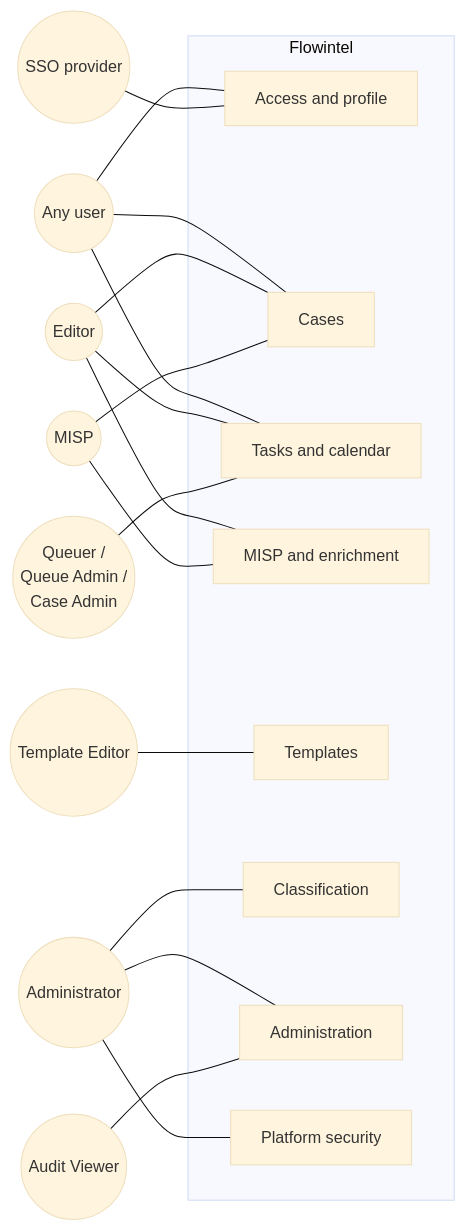
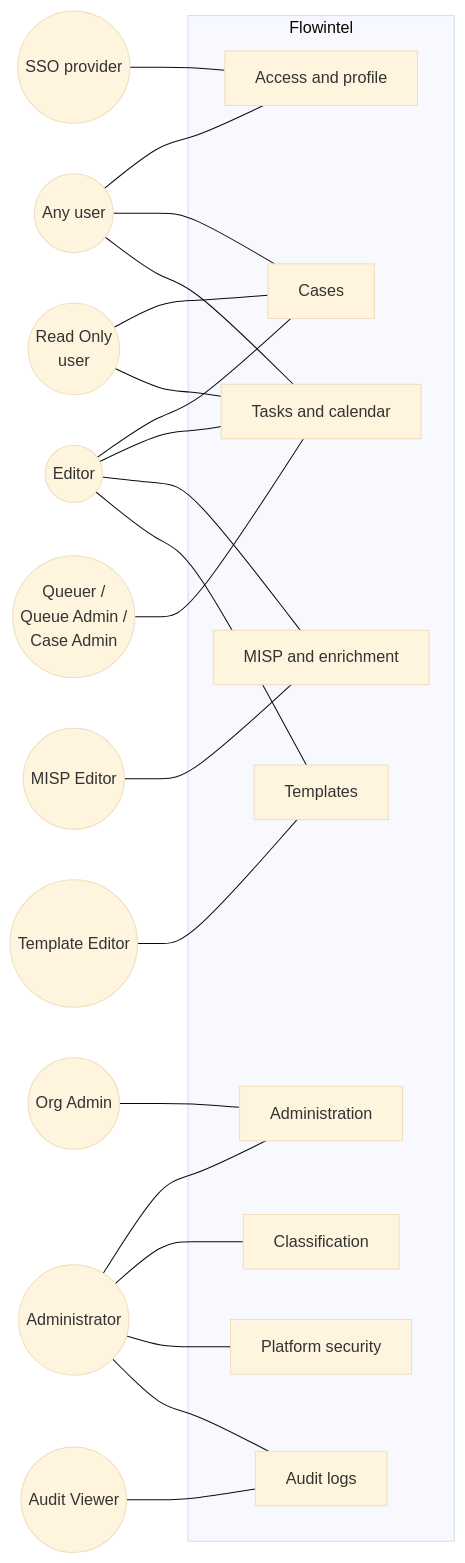
Before and after one commit to flowintel/flowintel: the tenth of 34 diagrams in doc/technical-specifications.md, drawn with Mermaid (base theme). The commit also changed other lines of this file and 1 other file, not shown here.

````diff
--- a/doc/technical-specifications.md
+++ b/doc/technical-specifications.md
@@ -549,38 +577,45 @@
 ```mermaid
 flowchart LR
     anyuser(("Any user"))
+    readonly(("Read Only<br/>user"))
     editor(("Editor"))
+    mispeditor(("MISP Editor"))
     foureye(("Queuer /<br/>Queue Admin /<br/>Case Admin"))
     tpled(("Template Editor"))
+    orgadmin(("Org Admin"))
     admin(("Administrator"))
     auditor(("Audit Viewer"))
-    misp(("MISP"))
     sso(("SSO provider"))
 
     subgraph sys["Flowintel"]
         access["Access and profile"]
         cases["Cases"]
         tasks["Tasks and calendar"]
         mispg["MISP and enrichment"]
         templates["Templates"]
         classif["Classification"]
         adminarea["Administration"]
+        audit["Audit logs"]
         security["Platform security"]
     end
 
     anyuser --- access
     anyuser --- cases
     anyuser --- tasks
+    readonly --- cases
+    readonly --- tasks
     editor --- cases
     editor --- tasks
     editor --- mispg
+    editor --- templates
+    mispeditor --- mispg
     foureye --- tasks
     tpled --- templates
+    orgadmin --- adminarea
     admin --- adminarea
     admin --- classif
     admin --- security
-    auditor --- adminarea
-    misp --- cases
-    misp --- mispg
+    admin --- audit
+    auditor --- audit
     sso --- access
 ```
````
